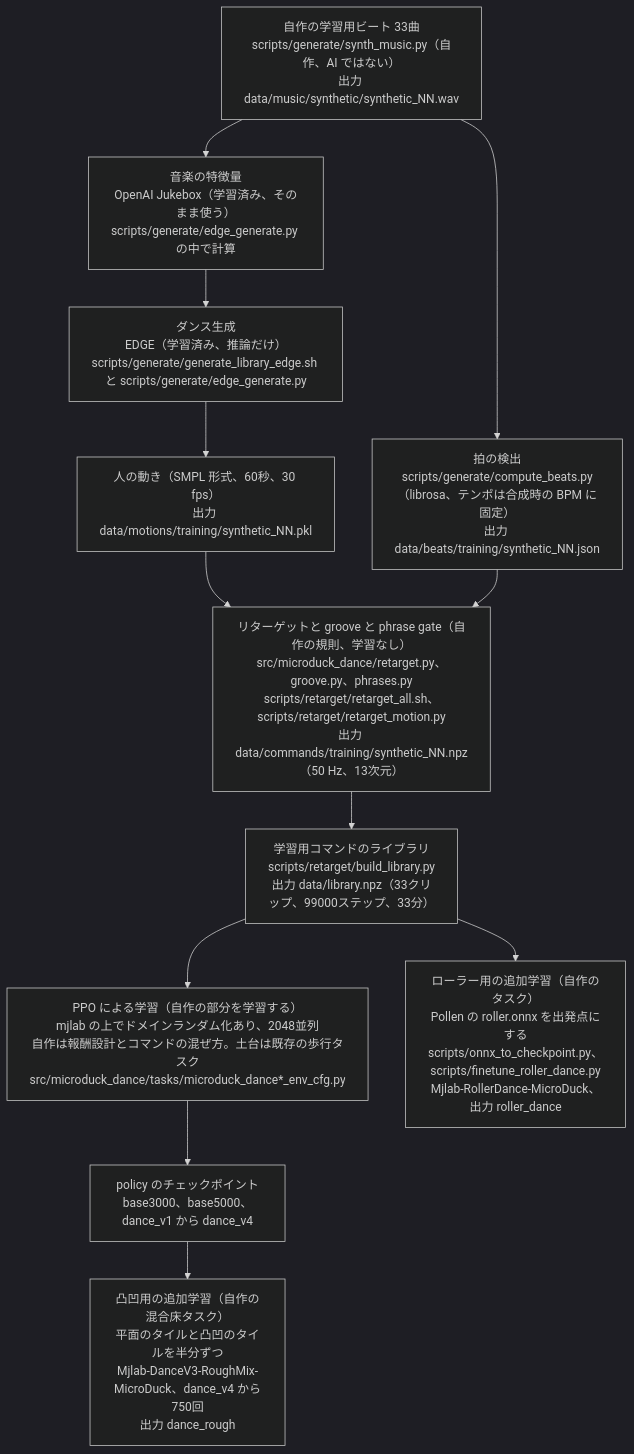
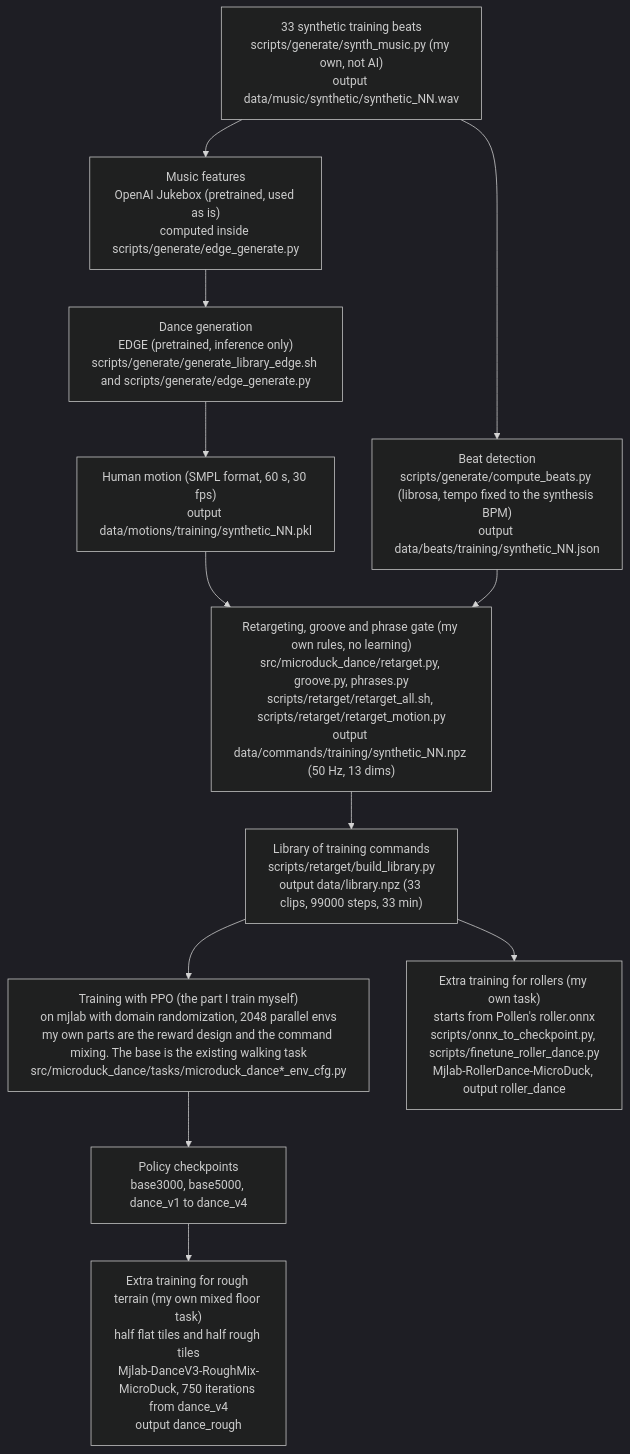
The first of 2 diagrams in dance/README.md (tomomimu12345/microduck-dance), drawn with Mermaid (dark theme) before and after one commit. The commit also changed other lines of this file and 3 other files, not shown here.

````diff
--- a/dance/README.md
+++ b/dance/README.md
@@ -33,25 +35,25 @@
 ```mermaid
 flowchart TD
-    A["自作の学習用ビート 33曲<br/>scripts/generate/synth_music.py（自作、AI ではない）<br/>出力 data/music/synthetic/synthetic_NN.wav"]
-    B["拍の検出<br/>scripts/generate/compute_beats.py（librosa、テンポは合成時の BPM に固定）<br/>出力 data/beats/training/synthetic_NN.json"]
-    C["音楽の特徴量<br/>OpenAI Jukebox（学習済み、そのまま使う）<br/>scripts/generate/edge_generate.py の中で計算"]
-    D["ダンス生成<br/>EDGE（学習済み、推論だけ）<br/>scripts/generate/generate_library_edge.sh と scripts/generate/edge_generate.py"]
-    E["人の動き（SMPL 形式、60秒、30 fps）<br/>出力 data/motions/training/synthetic_NN.pkl"]
-    F["リターゲットと groove と phrase gate（自作の規則、学習なし）<br/>src/microduck_dance/retarget.py、groove.py、phrases.py<br/>scripts/retarget/retarget_all.sh、scripts/retarget/retarget_motion.py<br/>出力 data/commands/training/synthetic_NN.npz（50 Hz、13次元）"]
-    G["学習用コマンドのライブラリ<br/>scripts/retarget/build_library.py<br/>出力 data/library.npz（33クリップ、99000ステップ、33分）"]
-    H["PPO による学習（自作の部分を学習する）<br/>mjlab の上でドメインランダム化あり、2048並列<br/>自作は報酬設計とコマンドの混ぜ方。土台は既存の歩行タスク<br/>src/microduck_dance/tasks/microduck_dance*_env_cfg.py"]
-    I["policy のチェックポイント<br/>base3000、base5000、dance_v1 から dance_v4"]
-    J["凸凹用の追加学習（自作の混合床タスク）<br/>平面のタイルと凸凹のタイルを半分ずつ<br/>Mjlab-DanceV3-RoughMix-MicroDuck、dance_v4 から750回<br/>出力 dance_rough"]
-    K["ローラー用の追加学習（自作のタスク）<br/>Pollen の roller.onnx を出発点にする<br/>scripts/onnx_to_checkpoint.py、scripts/finetune_roller_dance.py<br/>Mjlab-RollerDance-MicroDuck、出力 roller_dance"]
+    A["33 synthetic training beats<br/>scripts/generate/synth_music.py (my own, not AI)<br/>output data/music/synthetic/synthetic_NN.wav"]
+    B["Beat detection<br/>scripts/generate/compute_beats.py (librosa, tempo fixed to the synthesis BPM)<br/>output data/beats/training/synthetic_NN.json"]
+    C["Music features<br/>OpenAI Jukebox (pretrained, used as is)<br/>computed inside scripts/generate/edge_generate.py"]
+    D["Dance generation<br/>EDGE (pretrained, inference only)<br/>scripts/generate/generate_library_edge.sh and scripts/generate/edge_generate.py"]
+    E["Human motion (SMPL format, 60 s, 30 fps)<br/>output data/motions/training/synthetic_NN.pkl"]
+    F["Retargeting, groove and phrase gate (my own rules, no learning)<br/>src/microduck_dance/retarget.py, groove.py, phrases.py<br/>scripts/retarget/retarget_all.sh, scripts/retarget/retarget_motion.py<br/>output data/commands/training/synthetic_NN.npz (50 Hz, 13 dims)"]
+    G["Library of training commands<br/>scripts/retarget/build_library.py<br/>output data/library.npz (33 clips, 99000 steps, 33 min)"]
+    H["Training with PPO (the part I train myself)<br/>on mjlab with domain randomization, 2048 parallel envs<br/>my own parts are the reward design and the command mixing. The base is the existing walking task<br/>src/microduck_dance/tasks/microduck_dance*_env_cfg.py"]
+    I["Policy checkpoints<br/>base3000, base5000, dance_v1 to dance_v4"]
+    J["Extra training for rough terrain (my own mixed floor task)<br/>half flat tiles and half rough tiles<br/>Mjlab-DanceV3-RoughMix-MicroDuck, 750 iterations from dance_v4<br/>output dance_rough"]
+    K["Extra training for rollers (my own task)<br/>starts from Pollen's roller.onnx<br/>scripts/onnx_to_checkpoint.py, scripts/finetune_roller_dance.py<br/>Mjlab-RollerDance-MicroDuck, output roller_dance"]
     A --> B
     A --> C
     C --> D
     D --> E
     E --> F
     B --> F
     F --> G
     G --> H
     H --> I
     I --> J
     G --> K
 ```
````
